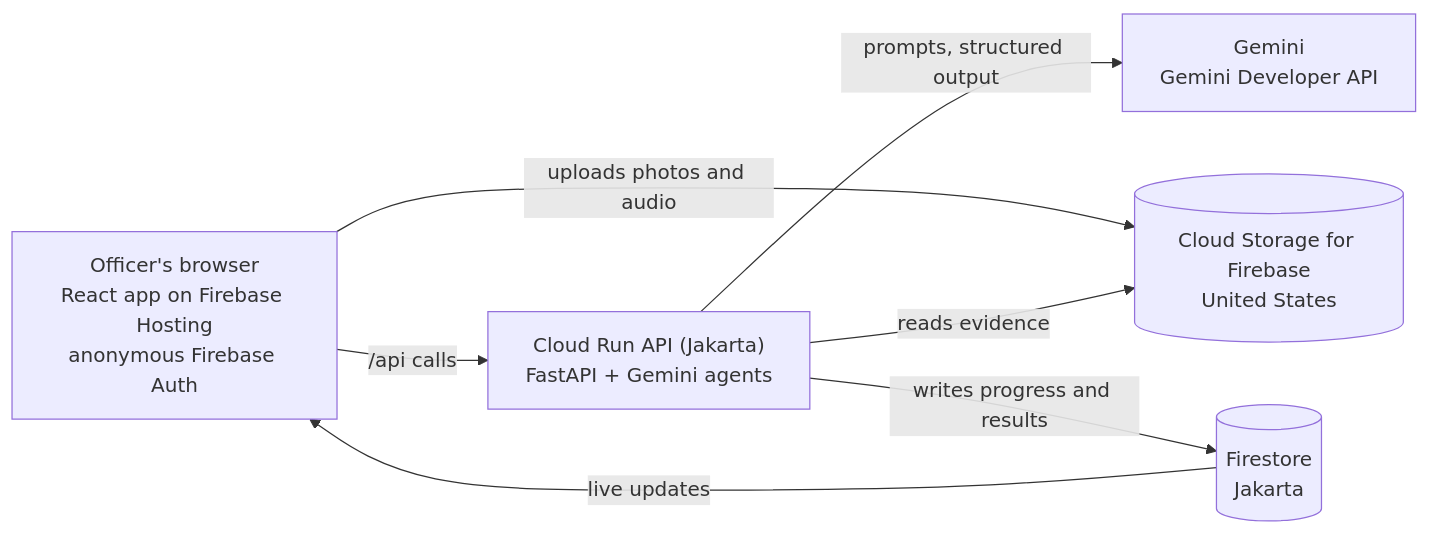
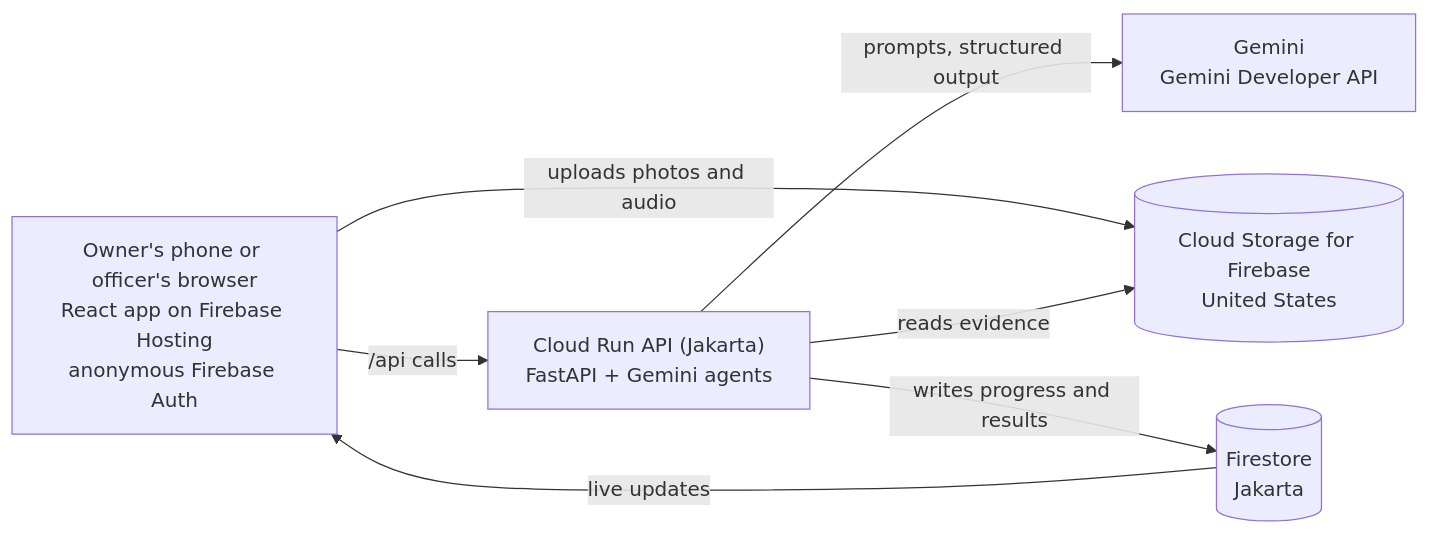
The first of 3 diagrams in README.md (aeoncyr/ledgerlens), drawn with Mermaid before and after one commit. The commit also changed other lines of this file and 5 other files, not shown here.

````diff
--- a/README.md
+++ b/README.md
@@ -141,9 +181,9 @@
 ```mermaid
 flowchart LR
-    B["Officer's browser<br/>React app on Firebase Hosting<br/>anonymous Firebase Auth"] -- "/api calls" --> R["Cloud Run API (Jakarta)<br/>FastAPI + Gemini agents"]
+    B["Owner's phone or officer's browser<br/>React app on Firebase Hosting<br/>anonymous Firebase Auth"] -- "/api calls" --> R["Cloud Run API (Jakarta)<br/>FastAPI + Gemini agents"]
     R -- "prompts, structured output" --> G["Gemini<br/>Gemini Developer API"]
     B -- "uploads photos and audio" --> S[("Cloud Storage for Firebase<br/>United States")]
     R -- "reads evidence" --> S
     R -- "writes progress and results" --> F[("Firestore<br/>Jakarta")]
     F -- "live updates" --> B
 ```
````
